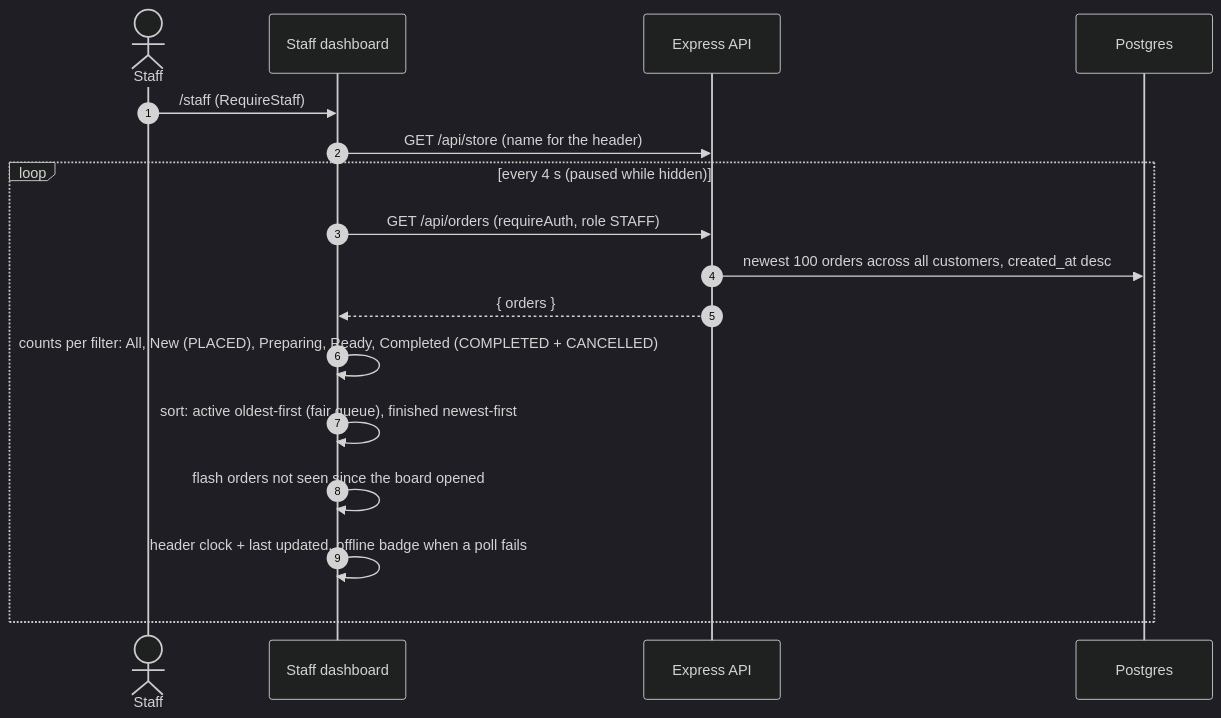
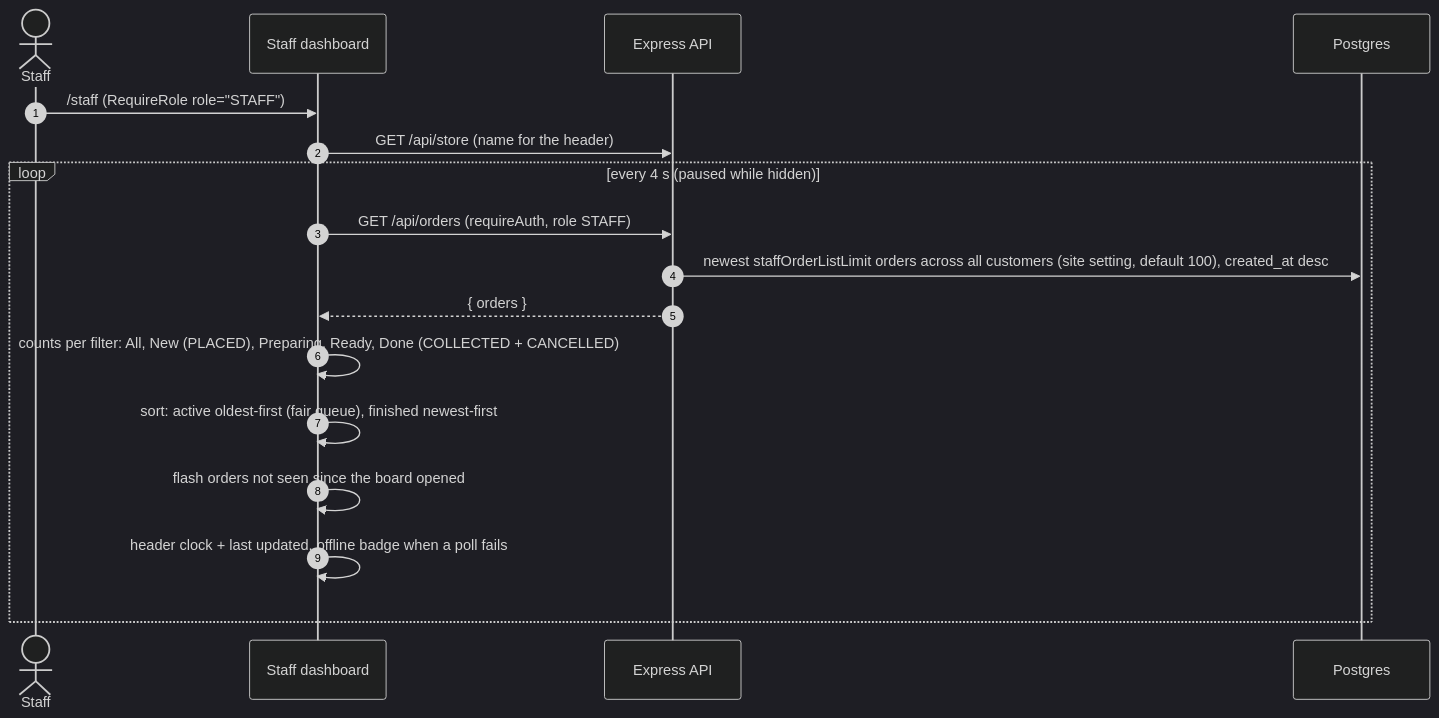
Before and after one commit to The-KhaNha/KhaNha: diagram 20 of 27 in docs/ARCHITECTURE.md, drawn with Mermaid (dark theme). The commit also changed other lines of this file and 69 other files, not shown here.

````diff
--- a/docs/ARCHITECTURE.md
+++ b/docs/ARCHITECTURE.md
@@ -697,20 +714,20 @@
 ```mermaid
 sequenceDiagram
   autonumber
   actor S as Staff
   participant B as Staff dashboard
   participant API as Express API
   participant DB as Postgres
 
-  S->>B: /staff (RequireStaff)
+  S->>B: /staff (RequireRole role="STAFF")
   B->>API: GET /api/store (name for the header)
   loop every 4 s (paused while hidden)
     B->>API: GET /api/orders (requireAuth, role STAFF)
-    API->>DB: newest 100 orders across all customers, created_at desc
+    API->>DB: newest staffOrderListLimit orders across all customers (site setting, default 100), created_at desc
     API-->>B: { orders }
-    B->>B: counts per filter: All, New (PLACED), Preparing, Ready, Completed (COMPLETED + CANCELLED)
+    B->>B: counts per filter: All, New (PLACED), Preparing, Ready, Done (COLLECTED + CANCELLED)
     B->>B: sort: active oldest-first (fair queue), finished newest-first
     B->>B: flash orders not seen since the board opened
     B->>B: header clock + last updated, offline badge when a poll fails
   end
 ```
````
